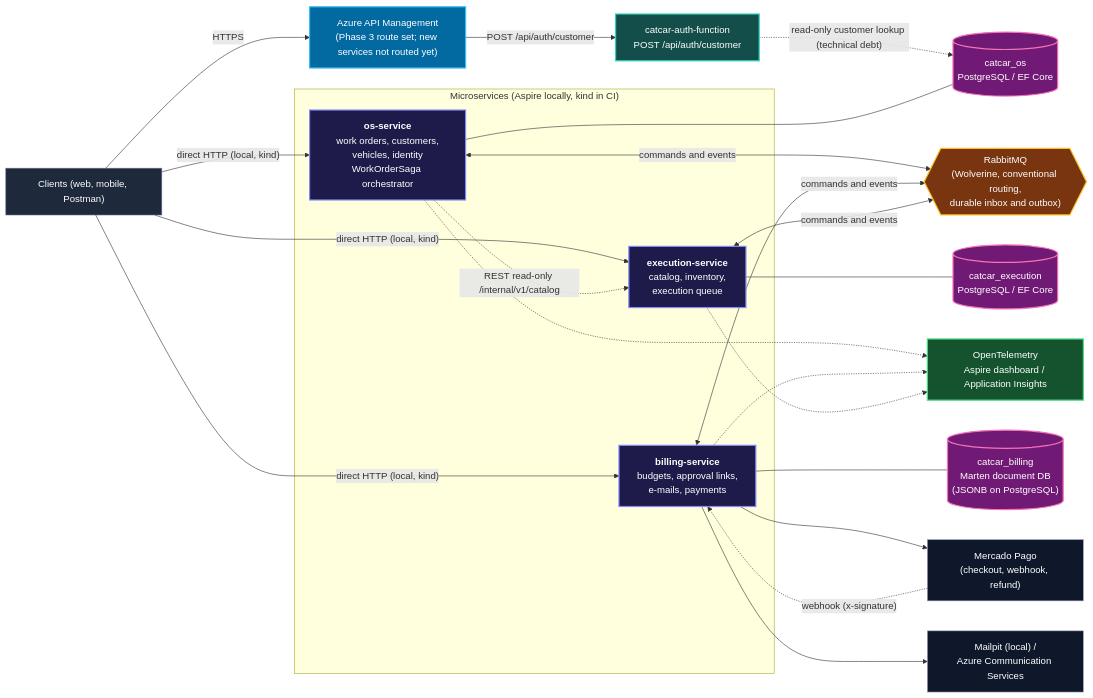
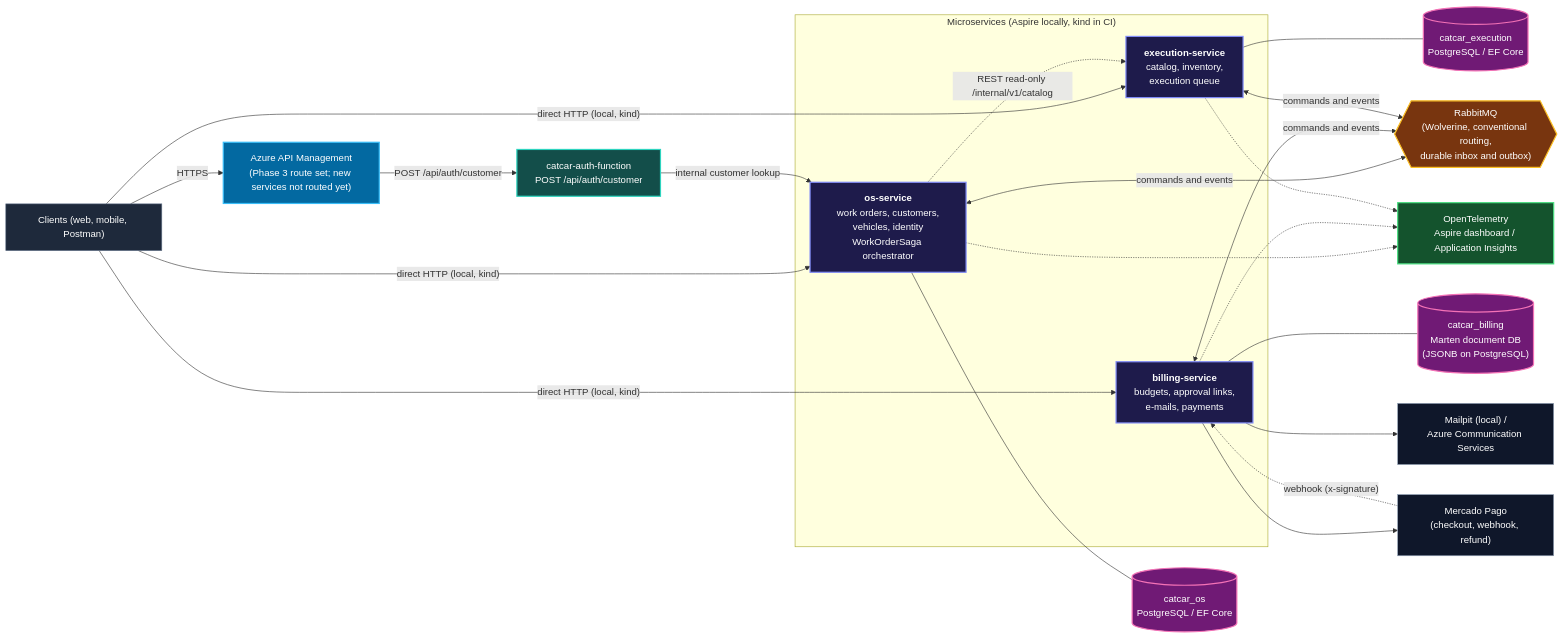
One commit to RiseOn-CatCar/catcar-platform changed the second of 3 diagrams in README.md. Above: the diagram before and after it, drawn with Mermaid. The commit also changed other lines of this file and 8 other files, not shown here.

````diff
--- a/README.md
+++ b/README.md
@@ -82,55 +82,55 @@
 ```mermaid
 flowchart LR
     classDef client fill:#1e293b,stroke:#64748b,stroke-width:1px,color:#fff;
     classDef svc fill:#1e1b4b,stroke:#818cf8,stroke-width:2px,color:#fff;
     classDef fn fill:#134e4a,stroke:#2dd4bf,stroke-width:2px,color:#fff;
     classDef data fill:#701a75,stroke:#f472b6,stroke-width:2px,color:#fff;
     classDef mq fill:#78350f,stroke:#fbbf24,stroke-width:2px,color:#fff;
     classDef ext fill:#0f172a,stroke:#94a3b8,stroke-width:1px,color:#fff;
     classDef apim fill:#0369a1,stroke:#38bdf8,stroke-width:2px,color:#fff;
     classDef obs fill:#14532d,stroke:#4ade80,stroke-width:2px,color:#fff;
 
     Client["Clients (web, mobile, Postman)"]:::client
     APIM["Azure API Management<br/>(Phase 3 route set; new services not routed yet)"]:::apim
     AuthFn["catcar-auth-function<br/>POST /api/auth/customer"]:::fn
 
     subgraph Services["Microservices (Aspire locally, kind in CI)"]
         OS["<b>os-service</b><br/>work orders, customers,<br/>vehicles, identity<br/>WorkOrderSaga orchestrator"]:::svc
         BILL["<b>billing-service</b><br/>budgets, approval links,<br/>e-mails, payments"]:::svc
         EXEC["<b>execution-service</b><br/>catalog, inventory,<br/>execution queue"]:::svc
     end
 
     MQ{{"RabbitMQ<br/>(Wolverine, conventional routing,<br/>durable inbox and outbox)"}}:::mq
 
     OSDB[("catcar_os<br/>PostgreSQL / EF Core")]:::data
     BILLDB[("catcar_billing<br/>Marten document DB<br/>(JSONB on PostgreSQL)")]:::data
     EXECDB[("catcar_execution<br/>PostgreSQL / EF Core")]:::data
 
     MP["Mercado Pago<br/>(checkout, webhook, refund)"]:::ext
     MAIL["Mailpit (local) /<br/>Azure Communication Services"]:::ext
     OBS["OpenTelemetry<br/>Aspire dashboard / Application Insights"]:::obs
 
     Client -->|HTTPS| APIM
     Client -->|"direct HTTP (local, kind)"| OS
     Client -->|"direct HTTP (local, kind)"| BILL
     Client -->|"direct HTTP (local, kind)"| EXEC
     APIM -->|"POST /api/auth/customer"| AuthFn
-    AuthFn -.->|"read-only customer lookup (technical debt)"| OSDB
+    AuthFn -->|"internal customer lookup"| OS
 
     OS --- OSDB
     BILL --- BILLDB
     EXEC --- EXECDB
 
     OS <-->|"commands and events"| MQ
     BILL <-->|"commands and events"| MQ
     EXEC <-->|"commands and events"| MQ
     OS -.->|"REST read-only /internal/v1/catalog"| EXEC
 
     BILL --> MP
     MP -.->|"webhook (x-signature)"| BILL
     BILL --> MAIL
 
     OS -.-> OBS
     BILL -.-> OBS
     EXEC -.-> OBS
 ```
````
